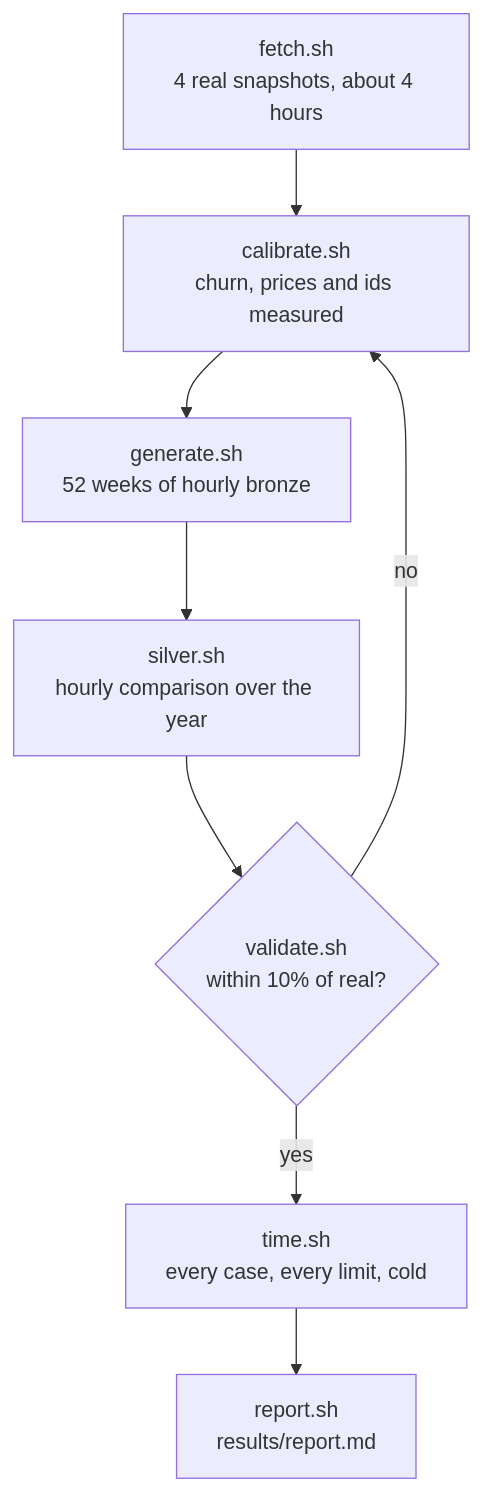
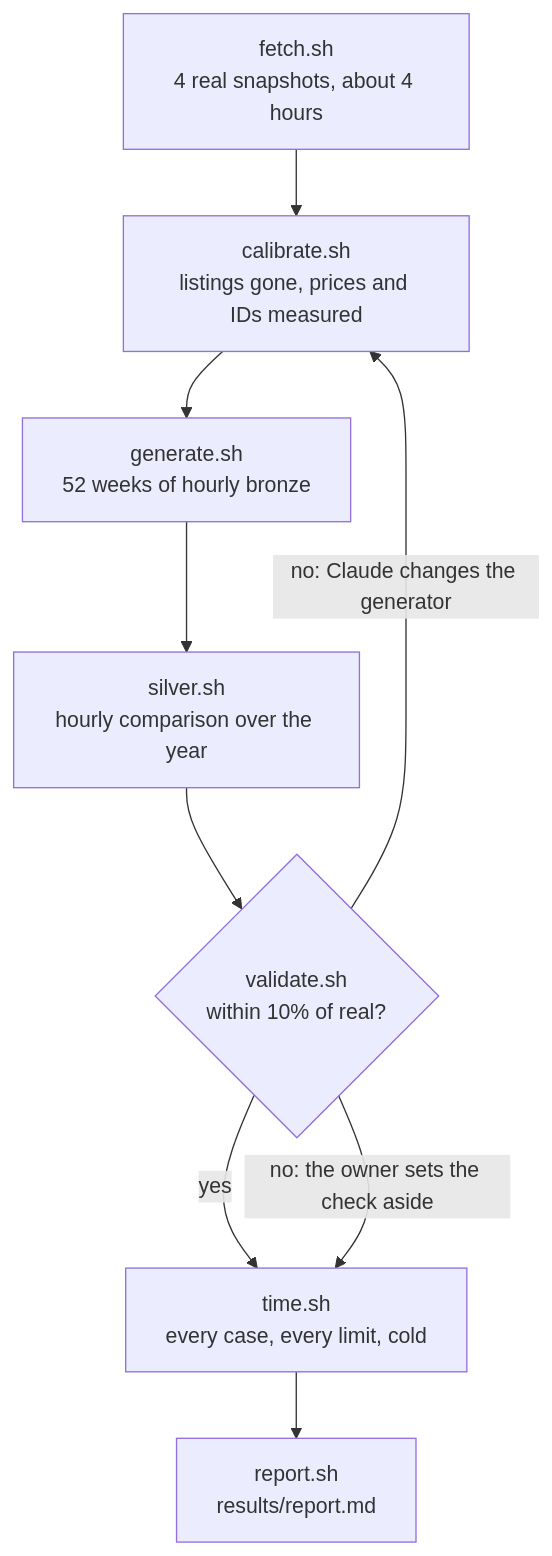
The diagram in sizing/README.md (delphside/dark-portal), drawn with Mermaid before and after one commit. The commit also changed other lines of this file and 2 other files, not shown here.

````diff
--- a/sizing/README.md
+++ b/sizing/README.md
@@ -16,10 +22,11 @@
 ```mermaid
 flowchart TB
-  F["fetch.sh<br>4 real snapshots, about 4 hours"] --> C["calibrate.sh<br>churn, prices and ids measured"]
+  F["fetch.sh<br>4 real snapshots, about 4 hours"] --> C["calibrate.sh<br>listings gone, prices and IDs measured"]
   C --> G["generate.sh<br>52 weeks of hourly bronze"]
   G --> S["silver.sh<br>hourly comparison over the year"]
   S --> V{"validate.sh<br>within 10% of real?"}
-  V -- yes --> T["time.sh<br>every case, every limit, cold"]
-  V -- no --> C
+  V -->|yes| T["time.sh<br>every case, every limit, cold"]
+  V -->|"no: Claude changes the generator"| C
+  V -->|"no: the owner sets the check aside"| T
   T --> R["report.sh<br>results/report.md"]
 ```
````
